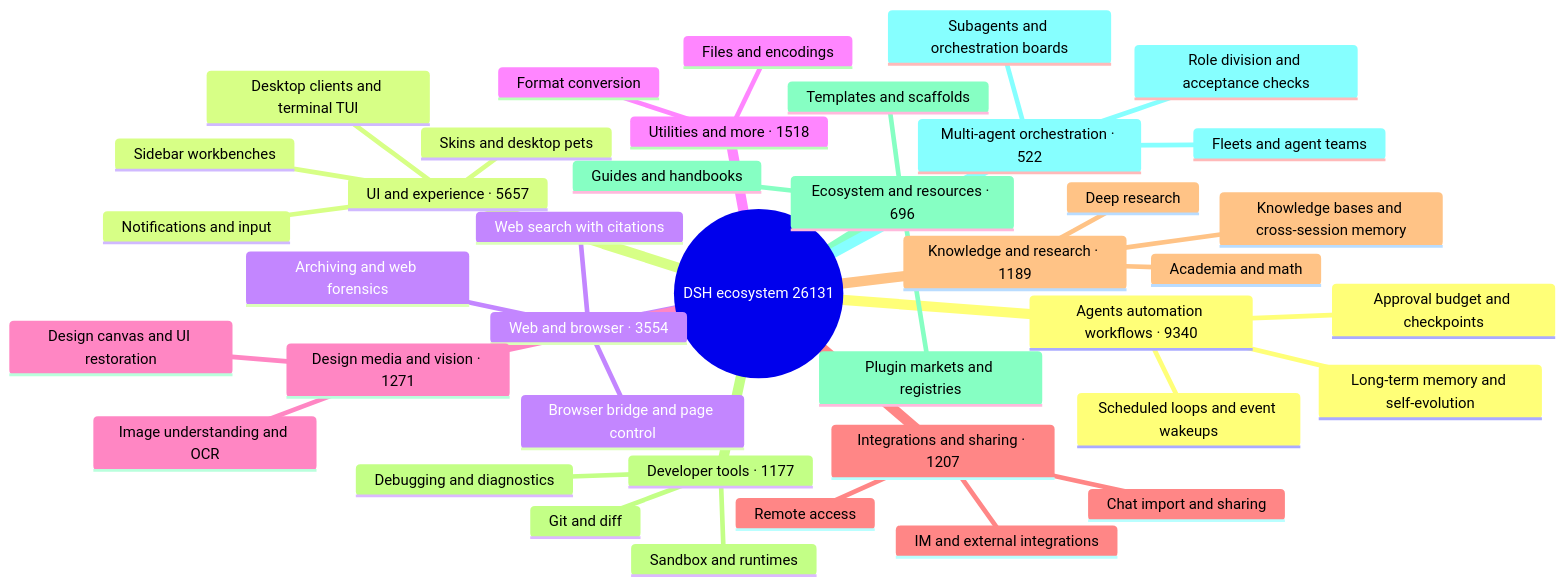
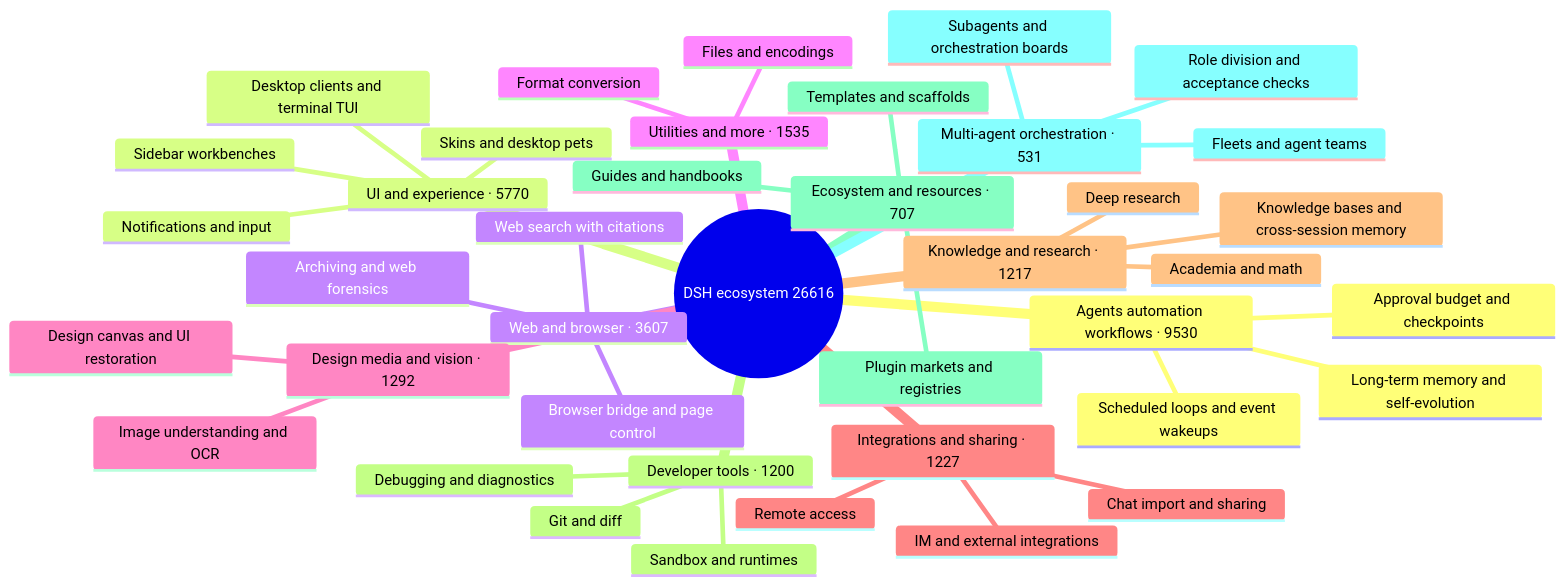
The diagram in README_EN.md (bruc3van/awesome-dsh-plugin), drawn with Mermaid before and after one commit. The commit also changed other lines of this file and 28 other files, not shown here.

````diff
--- a/README_EN.md
+++ b/README_EN.md
@@ -32,43 +32,43 @@
 ```mermaid
 mindmap
-  root((DSH ecosystem 26131))
-    Agents automation workflows · 9340
+  root((DSH ecosystem 26616))
+    Agents automation workflows · 9530
       Scheduled loops and event wakeups
       Long-term memory and self-evolution
       Approval budget and checkpoints
-    UI and experience · 5657
+    UI and experience · 5770
       Desktop clients and terminal TUI
       Sidebar workbenches
       Skins and desktop pets
       Notifications and input
-    Web and browser · 3554
+    Web and browser · 3607
       Browser bridge and page control
       Web search with citations
       Archiving and web forensics
-    Utilities and more · 1518
+    Utilities and more · 1535
       Files and encodings
       Format conversion
-    Design media and vision · 1271
+    Design media and vision · 1292
       Image understanding and OCR
       Design canvas and UI restoration
-    Integrations and sharing · 1207
+    Integrations and sharing · 1227
       Chat import and sharing
       Remote access
       IM and external integrations
-    Knowledge and research · 1189
+    Knowledge and research · 1217
       Knowledge bases and cross-session memory
       Deep research
       Academia and math
-    Developer tools · 1177
+    Developer tools · 1200
       Git and diff
       Sandbox and runtimes
       Debugging and diagnostics
-    Ecosystem and resources · 696
+    Ecosystem and resources · 707
       Plugin markets and registries
       Templates and scaffolds
       Guides and handbooks
-    Multi-agent orchestration · 522
+    Multi-agent orchestration · 531
       Subagents and orchestration boards
       Fleets and agent teams
       Role division and acceptance checks
 ```
````
